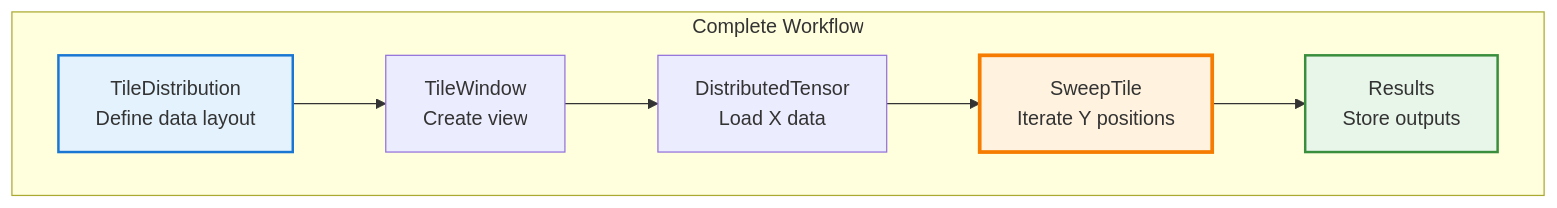
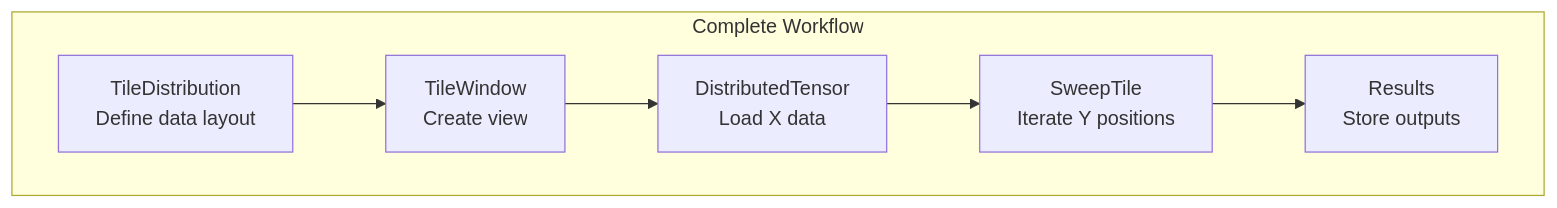
The fourth of 4 diagrams in projects/composablekernel/docs/conceptual/ck_tile/sweep_tile.rst (hdt98/rocm-libraries), drawn with Mermaid before and after one commit. The commit also changed other lines of this file and 21 other files, not shown here.

First line of the commit message:
[ck] Updated CK Tile documentation to use mermaid diagrams (#7955)

```diff
--- a/projects/composablekernel/docs/conceptual/ck_tile/sweep_tile.rst
+++ b/projects/composablekernel/docs/conceptual/ck_tile/sweep_tile.rst
@@ -466,19 +416,15 @@
-      .. mermaid::
-      
-         flowchart TB
-             subgraph "Complete Workflow"
-                 TD["TileDistribution<br/>Define data layout"]
-                 TW["TileWindow<br/>Create view"]
-                 DT["DistributedTensor<br/>Load X data"]
-                 ST["SweepTile<br/>Iterate Y positions"]
-                 R["Results<br/>Store outputs"]
-             end
-             
-             TD --> TW
-             TW --> DT
-             DT --> ST
-             ST --> R
-             
-             style TD fill:#e3f2fd,stroke:#1976d2,stroke-width:2px
-             style ST fill:#fff3e0,stroke:#f57c00,stroke-width:3px
-             style R fill:#e8f5e9,stroke:#388e3c,stroke-width:2px
+.. mermaid::
+
+   flowchart TB
+       subgraph "Complete Workflow"
+           TD["TileDistribution<br/>Define data layout"]
+           TW["TileWindow<br/>Create view"]
+           DT["DistributedTensor<br/>Load X data"]
+           ST["SweepTile<br/>Iterate Y positions"]
+           R["Results<br/>Store outputs"]
+       end
+
+       TD --> TW
+       TW --> DT
+       DT --> ST
+       ST --> R
```
